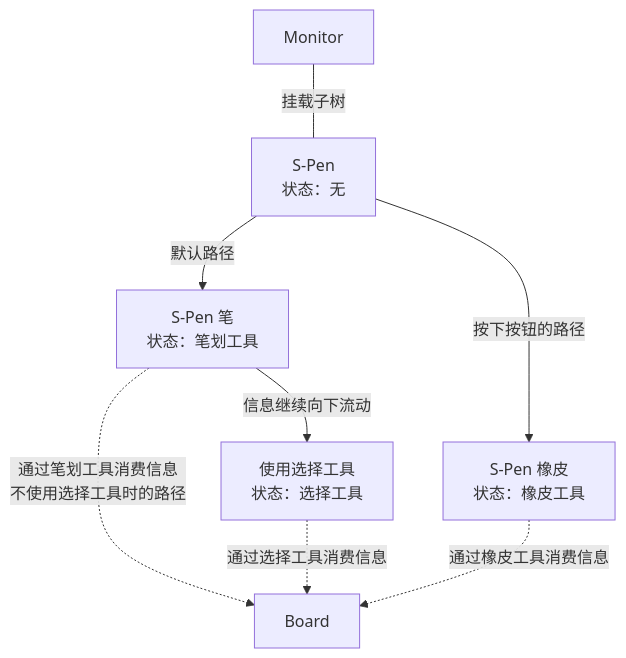
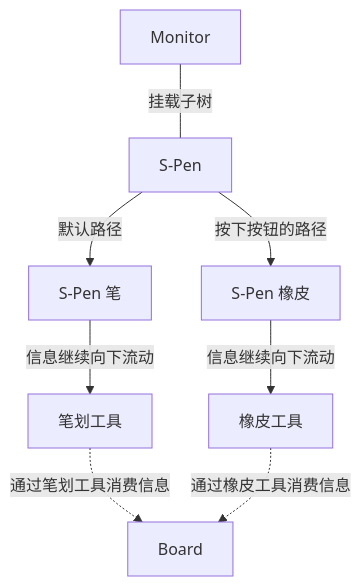
The fifth of 5 diagrams in src/core/devices/docs/device-document.md (Frank-Steven/HoundWhiteboard), drawn with Mermaid before and after one commit. The commit also changed other lines of this file and 17 other files, not shown here.

````diff
--- a/src/core/devices/docs/device-document.md
+++ b/src/core/devices/docs/device-document.md
@@ -93,10 +93,10 @@
 ```mermaid
 graph TD
-  A[Monitor]---|挂载子树|B[S-Pen<br>状态：无]
-  B-->|默认路径|C1[S-Pen 笔<br>状态：笔划工具]
-  C1-->|信息继续向下流动|Ca1[使用选择工具<br>状态：选择工具]
-  C1-.->|通过笔划工具消费信息<br>不使用选择工具时的路径|D
-  Ca1-.->|通过选择工具消费信息|D
-  B-->|按下按钮的路径|C2[S-Pen 橡皮<br>状态：橡皮工具]
-  C2-.->|通过橡皮工具消费信息|D[Board]
+  A[Monitor]---|挂载子树|B[S-Pen]
+  B-->|默认路径|C1[S-Pen 笔]
+  C1-->|信息继续向下流动|Ca1[笔划工具]
+  Ca1-.->|通过笔划工具消费信息|D[Board]
+  B-->|按下按钮的路径|C2[S-Pen 橡皮]
+  C2-->|信息继续向下流动|Cb1
+  Cb1[橡皮工具]-.->|通过橡皮工具消费信息|D
 ```
````
